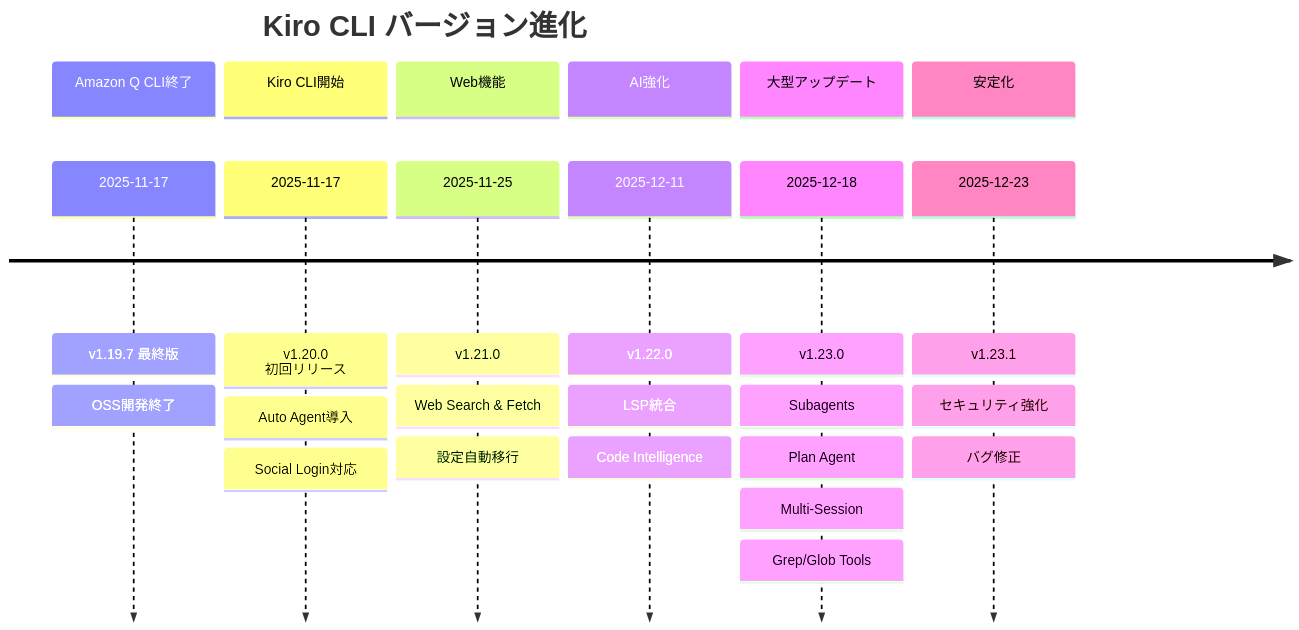
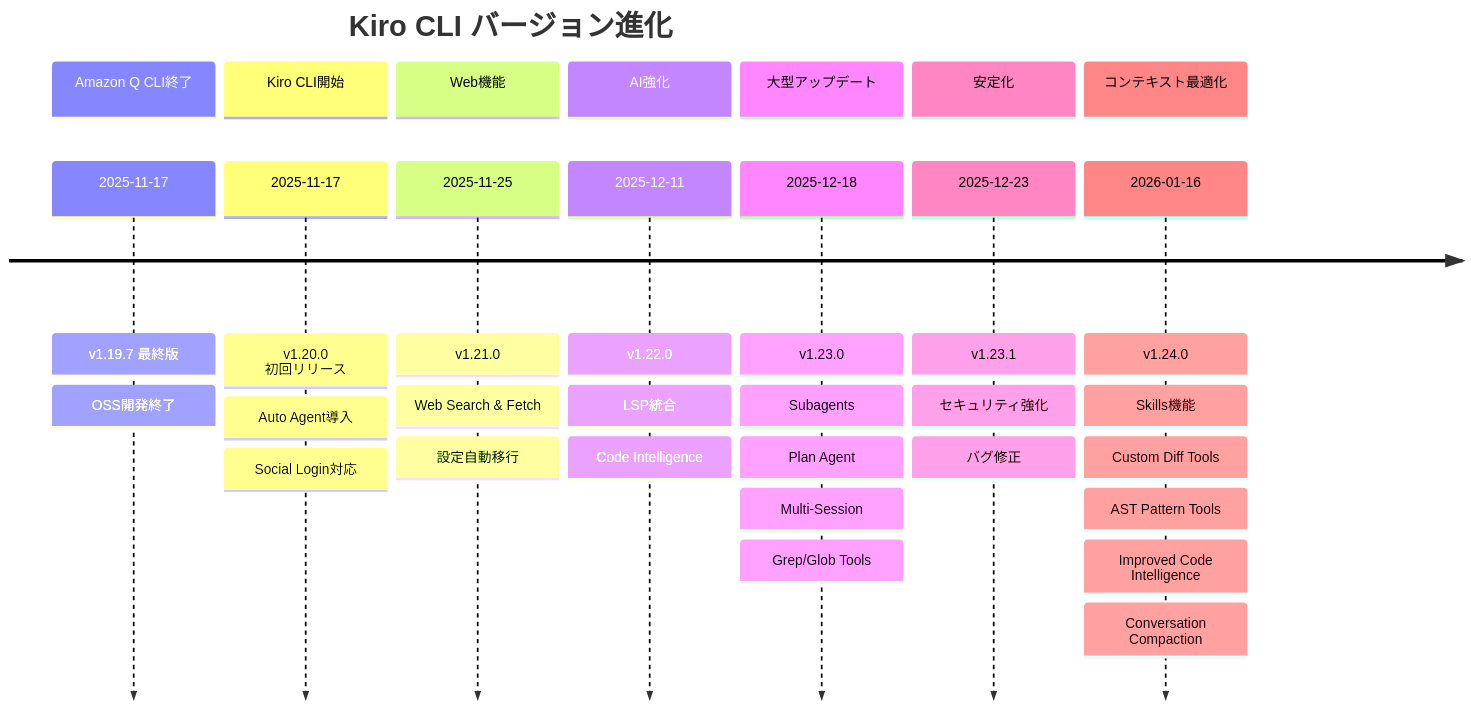
Before and after one commit to kamogashira-sys/q-cli-docs: the diagram in kiro-docs/02_update/README.md, drawn with Mermaid. The commit also changed other lines of this file, not shown here.

````diff
--- a/kiro-docs/02_update/README.md
+++ b/kiro-docs/02_update/README.md
@@ -37,35 +87,43 @@
 ```mermaid
 timeline
     title Kiro CLI バージョン進化
     
     section Amazon Q CLI終了
         2025-11-17 : v1.19.7 最終版
                    : OSS開発終了
     
     section Kiro CLI開始
         2025-11-17 : v1.20.0 初回リリース
                    : Auto Agent導入
                    : Social Login対応
     
     section Web機能
         2025-11-25 : v1.21.0
                    : Web Search & Fetch
                    : 設定自動移行
     
     section AI強化
         2025-12-11 : v1.22.0
                    : LSP統合
                    : Code Intelligence
     
     section 大型アップデート
         2025-12-18 : v1.23.0
                    : Subagents
                    : Plan Agent
                    : Multi-Session
                    : Grep/Glob Tools
     
     section 安定化
         2025-12-23 : v1.23.1
                    : セキュリティ強化
                    : バグ修正
+    
+    section コンテキスト最適化
+        2026-01-16 : v1.24.0
+                   : Skills機能
+                   : Custom Diff Tools
+                   : AST Pattern Tools
+                   : Improved Code Intelligence
+                   : Conversation Compaction
 ```
````
